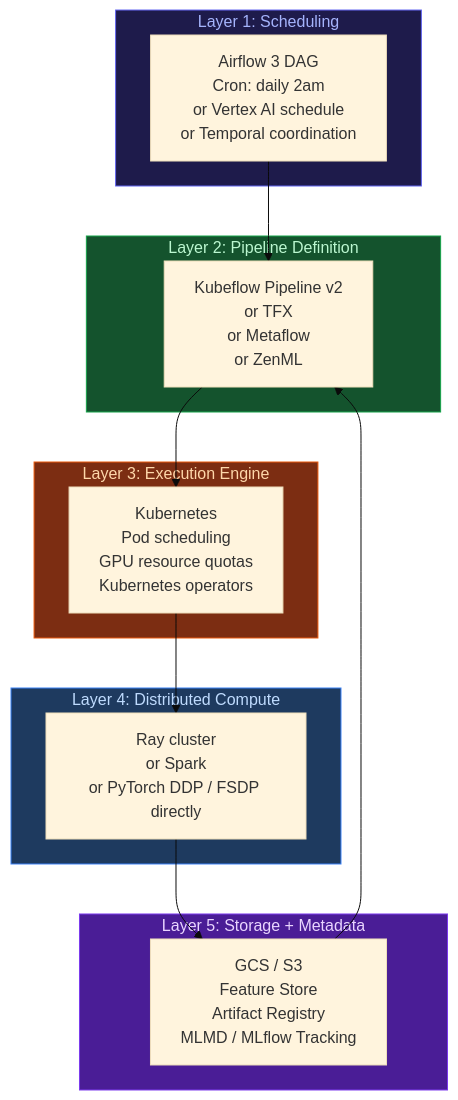
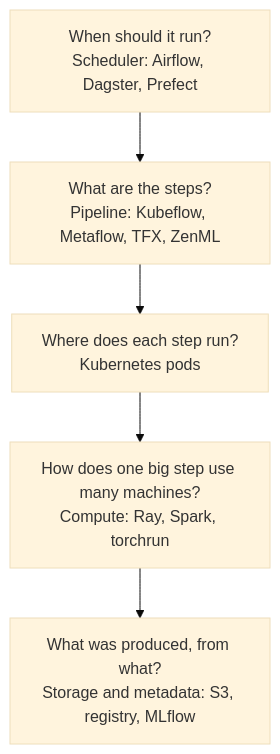
One commit to gopikrishtummala/gopikrishtummala.github.io changed the diagram in src/data/blog/mlops/ml-pipeline-orchestration-layers.md. Above: the diagram before and after it, drawn with Mermaid (base theme). The commit also changed other lines of this file, not shown here.

````diff
--- a/src/data/blog/mlops/ml-pipeline-orchestration-layers.md
+++ b/src/data/blog/mlops/ml-pipeline-orchestration-layers.md
@@ -563,34 +39,7 @@
 ```mermaid
-flowchart TD
-    subgraph L1["Layer 1: Scheduling"]
-        S[Airflow 3 DAG\nCron: daily 2am\nor Vertex AI schedule\nor Temporal coordination]
-    end
-
-    subgraph L2["Layer 2: Pipeline Definition"]
-        P1[Kubeflow Pipeline v2\nor TFX\nor Metaflow\nor ZenML]
-    end
-
-    subgraph L3["Layer 3: Execution Engine"]
-        E1[Kubernetes\nPod scheduling\nGPU resource quotas\nKubernetes operators]
-    end
-
-    subgraph L4["Layer 4: Distributed Compute"]
-        D1[Ray cluster\nor Spark\nor PyTorch DDP / FSDP directly]
-    end
-
-    subgraph L5["Layer 5: Storage + Metadata"]
-        ST1[GCS / S3\nFeature Store\nArtifact Registry\nMLMD / MLflow Tracking]
-    end
-
-    S --> P1
-    P1 --> E1
-    E1 --> D1
-    D1 --> ST1
-    ST1 --> P1
-
-    style L1 fill:#1e1b4b,stroke:#6366f1,color:#a5b4fc
-    style L2 fill:#14532d,stroke:#16a34a,color:#bbf7d0
-    style L3 fill:#7c2d12,stroke:#ea580c,color:#fed7aa
-    style L4 fill:#1e3a5f,stroke:#3b82f6,color:#bfdbfe
-    style L5 fill:#4a1d96,stroke:#7c3aed,color:#e9d5ff
+flowchart TB
+  L1["When should it run?<br/>Scheduler: Airflow, Dagster, Prefect"] --> L2["What are the steps?<br/>Pipeline: Kubeflow, Metaflow, TFX, ZenML"]
+  L2 --> L3["Where does each step run?<br/>Kubernetes pods"]
+  L3 --> L4["How does one big step use many machines?<br/>Compute: Ray, Spark, torchrun"]
+  L4 --> L5["What was produced, from what?<br/>Storage and metadata: S3, registry, MLflow"]
 ```
````
